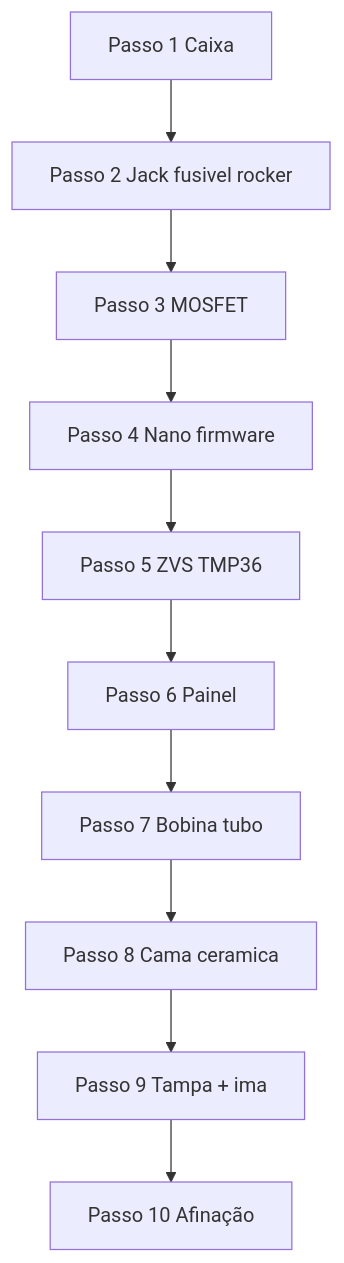
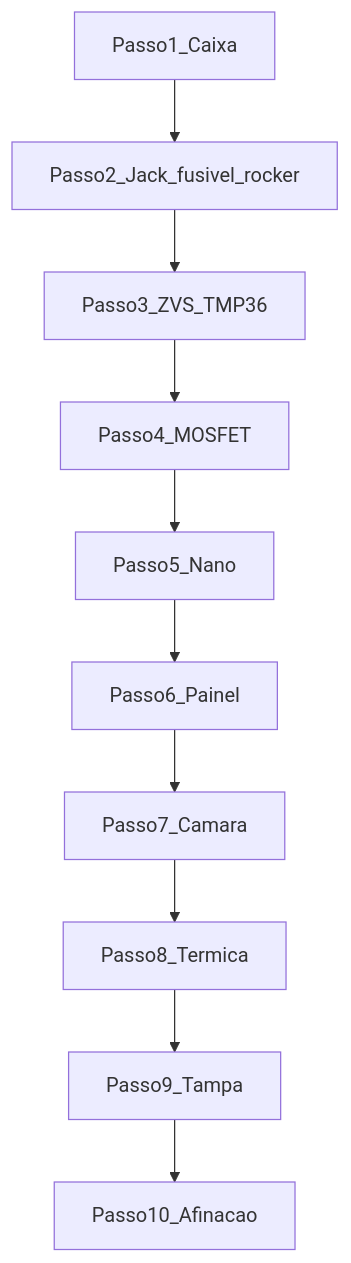
Before and after one commit to CaioCCosta/indutor-dynavap: the diagram in maquetes/MONTAGEM.md, drawn with Mermaid. The commit also changed other lines of this file and 6 other files, not shown here.

````diff
--- a/maquetes/MONTAGEM.md
+++ b/maquetes/MONTAGEM.md
@@ -227,12 +190,12 @@
 ```mermaid
 flowchart TD
-  P1[Passo 1 Caixa] --> P2[Passo 2 Jack fusivel rocker]
-  P2 --> P3[Passo 3 MOSFET]
-  P3 --> P4[Passo 4 Nano firmware]
-  P4 --> P5[Passo 5 ZVS TMP36]
-  P5 --> P6[Passo 6 Painel]
-  P6 --> P7[Passo 7 Bobina tubo]
-  P7 --> P8[Passo 8 Cama ceramica]
-  P8 --> P9[Passo 9 Tampa + ima]
-  P9 --> P10[Passo 10 Afinação]
+  P1[Passo1_Caixa] --> P2[Passo2_Jack_fusivel_rocker]
+  P2 --> P3[Passo3_ZVS_TMP36]
+  P3 --> P4[Passo4_MOSFET]
+  P4 --> P5[Passo5_Nano]
+  P5 --> P6[Passo6_Painel]
+  P6 --> P7[Passo7_Camara]
+  P7 --> P8[Passo8_Termica]
+  P8 --> P9[Passo9_Tampa]
+  P9 --> P10[Passo10_Afinacao]
 ```
````
